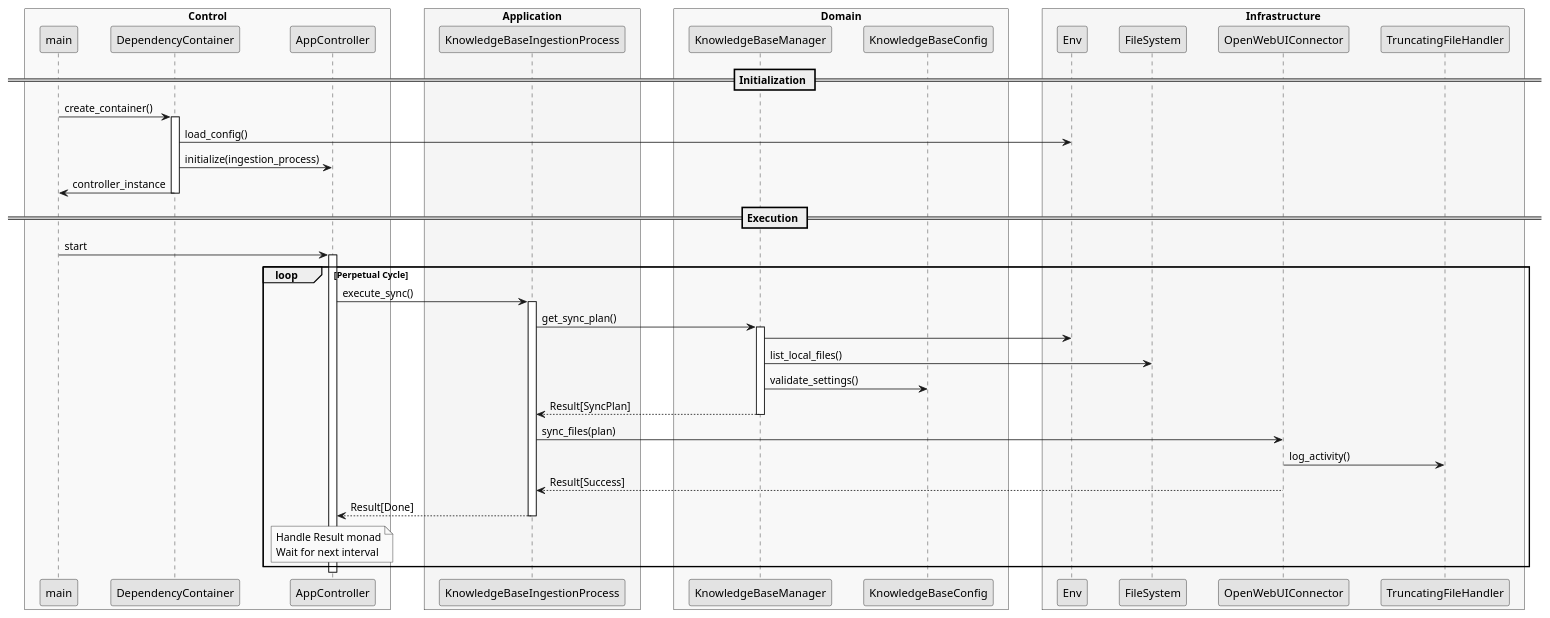
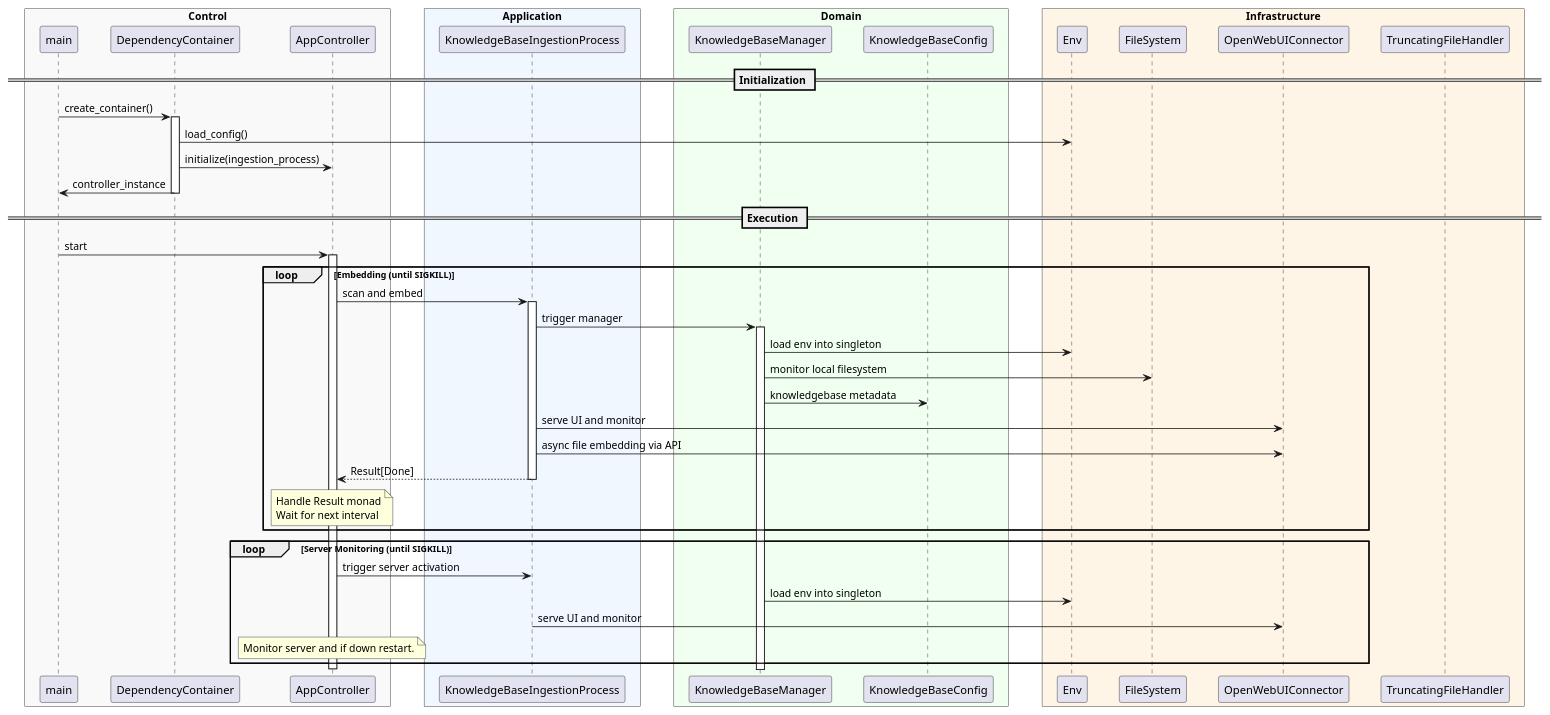
Before and after one commit to CCathlete/PwC_J-ppinen_Ltd_AI_Assistant: the diagram in architecture/architecture.puml, drawn with PlantUML.

Commit message:
Refactored the puml code.

```diff
--- a/architecture/architecture.puml
+++ b/architecture/architecture.puml
@@ -1,67 +1,74 @@
 @startuml
-skinparam Monochrome true
+skinparam Monochrome false
 skinparam BoxPadding 20
 skinparam ParticipantPadding 15
 
 box "Control" #F9F9F9
     participant main
     participant DependencyContainer
     participant AppController
 end box
 
 box "Application" #F0F7FF
     participant KnowledgeBaseIngestionProcess
 end box
 
 box "Domain" #F0FFF0
     participant KnowledgeBaseManager
     participant KnowledgeBaseConfig
 end box
 
 box "Infrastructure" #FFF5E6
     participant Env
     participant FileSystem
     participant OpenWebUIConnector
     participant TruncatingFileHandler
 end box
 
 == Initialization ==
 
 main -> DependencyContainer : create_container()
 activate DependencyContainer
 DependencyContainer -> Env : load_config()
 DependencyContainer -> AppController : initialize(ingestion_process)
 main <- DependencyContainer : controller_instance
 deactivate DependencyContainer
 
 == Execution ==
 
 main -> AppController : start
 activate AppController
 
-loop Perpetual Cycle
-    AppController -> KnowledgeBaseIngestionProcess : execute_sync()
+loop Embedding (until SIGKILL)
+    AppController -> KnowledgeBaseIngestionProcess : scan and embed
     activate KnowledgeBaseIngestionProcess
     
-    KnowledgeBaseIngestionProcess -> KnowledgeBaseManager : get_sync_plan()
+    KnowledgeBaseIngestionProcess -> KnowledgeBaseManager : trigger manager
     activate KnowledgeBaseManager
     
-    KnowledgeBaseManager -> Env : 
-    KnowledgeBaseManager -> FileSystem : list_local_files()
-    KnowledgeBaseManager -> KnowledgeBaseConfig : validate_settings()
+    KnowledgeBaseManager -> Env : load env into singleton
+    KnowledgeBaseManager -> FileSystem : monitor local filesystem
+    KnowledgeBaseManager -> KnowledgeBaseConfig : knowledgebase metadata
     
-    KnowledgeBaseManager --> KnowledgeBaseIngestionProcess : Result[SyncPlan]
-    deactivate KnowledgeBaseManager
 
-    KnowledgeBaseIngestionProcess -> OpenWebUIConnector : sync_files(plan)
-    OpenWebUIConnector -> TruncatingFileHandler : log_activity()
-    OpenWebUIConnector --> KnowledgeBaseIngestionProcess : Result[Success]
+    KnowledgeBaseIngestionProcess -> OpenWebUIConnector : serve UI and monitor
+
+    KnowledgeBaseIngestionProcess -> OpenWebUIConnector : async file embedding via API
     
     KnowledgeBaseIngestionProcess --> AppController : Result[Done]
     deactivate KnowledgeBaseIngestionProcess
     
     note over AppController : Handle Result monad\nWait for next interval
 end
 
+loop Server Monitoring (until SIGKILL)
+    AppController -> KnowledgeBaseIngestionProcess : trigger server activation
+    KnowledgeBaseManager -> Env : load env into singleton
+    KnowledgeBaseIngestionProcess -> OpenWebUIConnector : serve UI and monitor
+
+    
+    note over AppController : Monitor server and if down restart.
+end
+
 deactivate AppController
 @enduml
```
